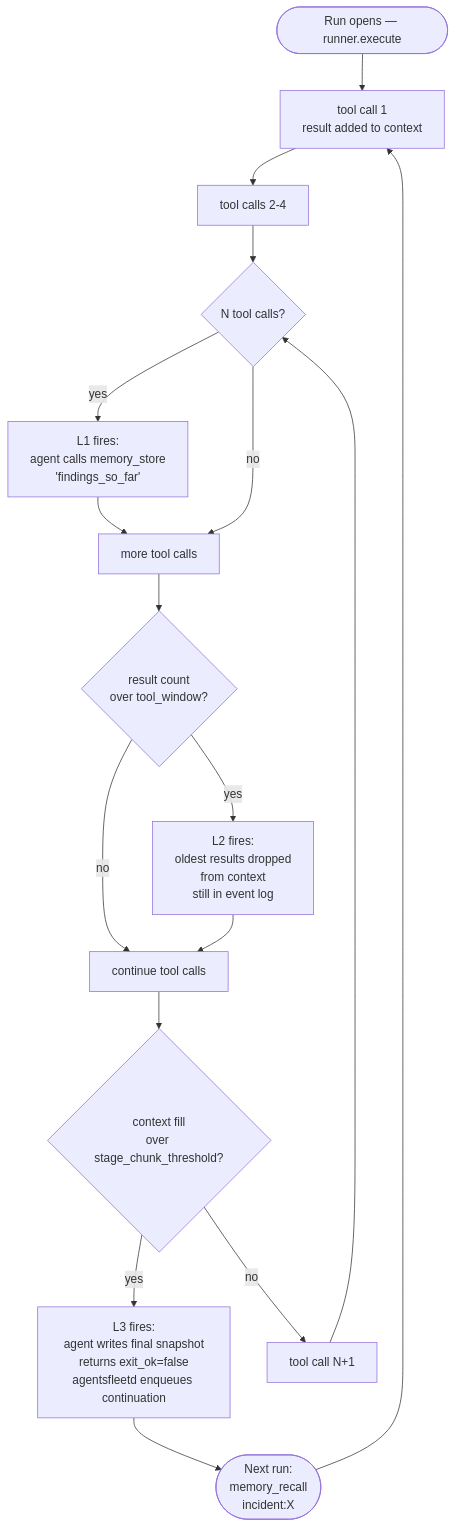
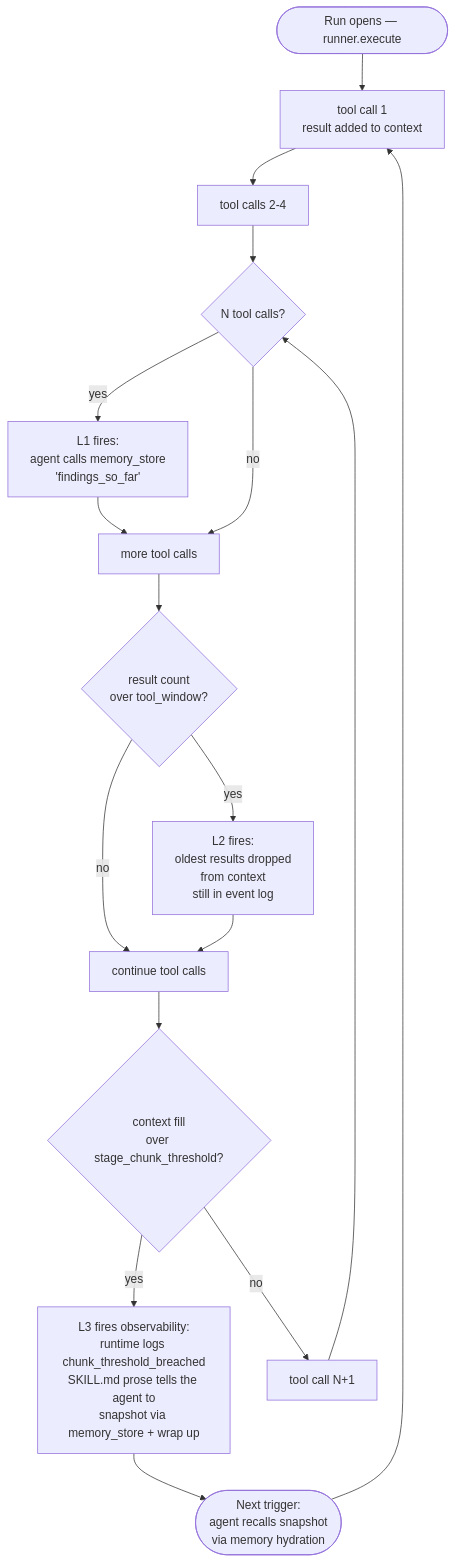
One commit to agentsfleet/agentsfleet changed the diagram in docs/architecture/capabilities.md. Above: the diagram before and after it, drawn with Mermaid. The commit also changed other lines of this file and 15 other files, not shown here.

First line of the commit message:
docs(architecture): correct drift across architecture docs vs code

````diff
--- a/docs/architecture/capabilities.md
+++ b/docs/architecture/capabilities.md
@@ -104,19 +104,19 @@
 ```mermaid
 flowchart TD
     Start([Run opens — runner.execute]) --> Tool1[tool call 1<br/>result added to context]
     Tool1 --> Tool2[tool calls 2-4]
     Tool2 --> L1{N tool calls?}
     L1 -->|yes| Checkpoint[L1 fires:<br/>agent calls memory_store<br/>'findings_so_far']
     Checkpoint --> Tool3[more tool calls]
     L1 -->|no| Tool3
     Tool3 --> L2{result count<br/>over tool_window?}
     L2 -->|yes| Drop[L2 fires:<br/>oldest results dropped<br/>from context<br/>still in event log]
     L2 -->|no| Fill
     Drop --> Fill[continue tool calls]
     Fill --> L3{context fill<br/>over stage_chunk_threshold?}
-    L3 -->|yes| Chunk[L3 fires:<br/>agent writes final snapshot<br/>returns exit_ok=false<br/>agentsfleetd enqueues continuation]
+    L3 -->|yes| Chunk[L3 fires observability:<br/>runtime logs chunk_threshold_breached<br/>SKILL.md prose tells the agent to<br/>snapshot via memory_store + wrap up]
     L3 -->|no| Tool4[tool call N+1]
     Tool4 --> L1
-    Chunk --> NextStage([Next run:<br/>memory_recall<br/>incident:X])
+    Chunk --> NextStage([Next trigger:<br/>agent recalls snapshot<br/>via memory hydration])
     NextStage --> Tool1
 ```
````
